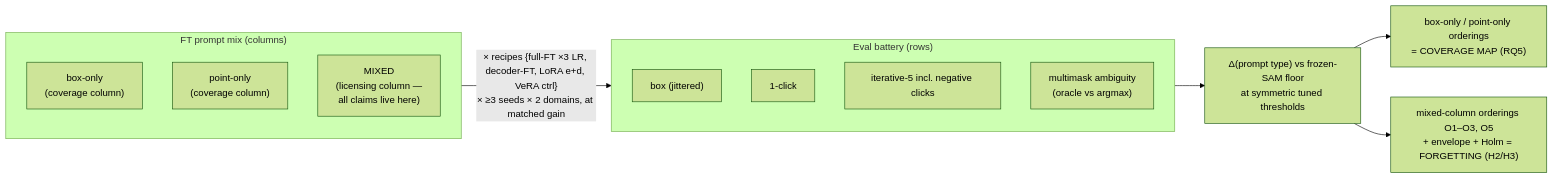
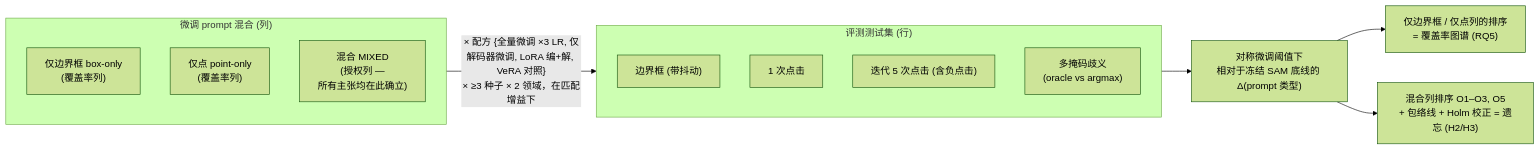
One commit to songkang688/idea changed the second of 5 diagrams in Windows4/Idea_02/mermaid.md. Above: the diagram before and after it, drawn with Mermaid (forest theme). The commit also changed other lines of this file and 74 other files, not shown here.

````diff
--- a/Windows4/Idea_02/mermaid.md
+++ b/Windows4/Idea_02/mermaid.md
@@ -29,18 +29,18 @@
 ```mermaid
 flowchart LR
-    subgraph FTMIX["FT prompt mix (columns)"]
-        BO["box-only<br/>(coverage column)"]
-        PO["point-only<br/>(coverage column)"]
-        MX["MIXED<br/>(licensing column —<br/>all claims live here)"]
+    subgraph FTMIX["微调 prompt 混合 (列)"]
+    BO["仅边界框 box-only<br/>(覆盖率列)"]
+    PO["仅点 point-only<br/>(覆盖率列)"]
+    MX["混合 MIXED<br/>(授权列 —<br/>所有主张均在此确立)"]
     end
-    subgraph BATTERY["Eval battery (rows)"]
-        B1["box (jittered)"]
-        B2["1-click"]
-        B3["iterative-5 incl. negative clicks"]
-        B4["multimask ambiguity<br/>(oracle vs argmax)"]
+    subgraph BATTERY["评测测试集 (行)"]
+    B1["边界框 (带抖动)"]
+    B2["1 次点击"]
+    B3["迭代 5 次点击 (含负点击)"]
+    B4["多掩码歧义<br/>(oracle vs argmax)"]
     end
-    FTMIX -->|"× recipes {full-FT ×3 LR, decoder-FT, LoRA e+d, VeRA ctrl}<br/>× ≥3 seeds × 2 domains, at matched gain"| BATTERY
-    BATTERY --> DELTA["Δ(prompt type) vs frozen-SAM floor<br/>at symmetric tuned thresholds"]
-    DELTA --> CVG["box-only / point-only orderings<br/>= COVERAGE MAP (RQ5)"]
-    DELTA --> FGT["mixed-column orderings O1–O3, O5<br/>+ envelope + Holm = FORGETTING (H2/H3)"]
+    FTMIX -->|"× 配方 {全量微调 ×3 LR, 仅解码器微调, LoRA 编+解, VeRA 对照}<br/>× ≥3 种子 × 2 领域，在匹配增益下"| BATTERY
+    BATTERY --> DELTA["对称微调阈值下<br/>相对于冻结 SAM 底线的 Δ(prompt 类型)"]
+    DELTA --> CVG["仅边界框 / 仅点列的排序<br/>= 覆盖率图谱 (RQ5)"]
+    DELTA --> FGT["混合列排序 O1–O3, O5<br/>+ 包络线 + Holm 校正 = 遗忘 (H2/H3)"]
 ```
````
